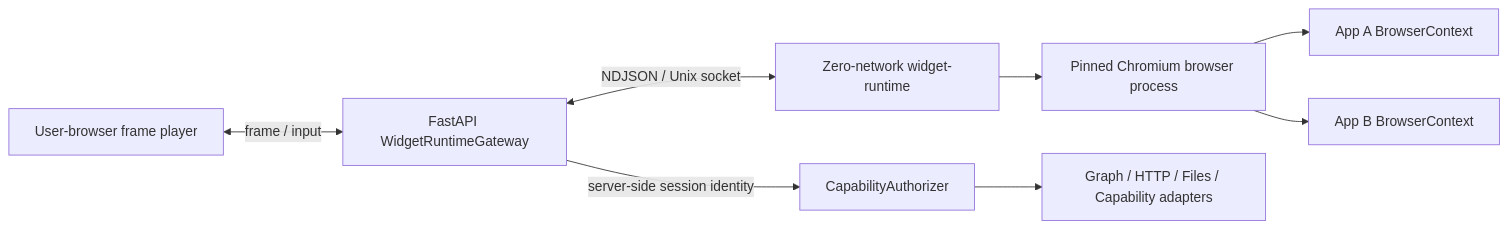
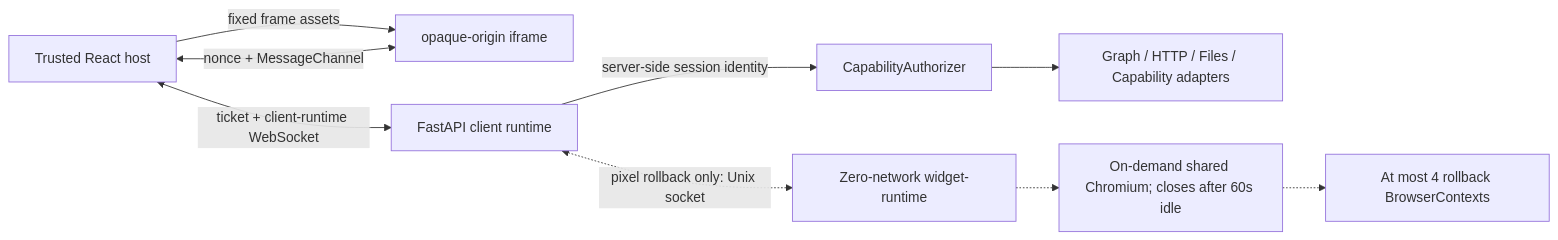
The sixth of 9 diagrams in docs/en/architecture/uml.md (BillShiyaoZhang/ambient-agent), drawn with Mermaid before and after one commit. The commit also changed other lines of this file and 61 other files, not shown here.

````diff
--- a/docs/en/architecture/uml.md
+++ b/docs/en/architecture/uml.md
@@ -184,10 +184,11 @@
 ```mermaid
 flowchart LR
-    Player[User-browser frame player] <-->|frame / input| Gateway[FastAPI WidgetRuntimeGateway]
-    Gateway <-->|NDJSON / Unix socket| Supervisor[Zero-network widget-runtime]
-    Supervisor --> Chromium[Pinned Chromium browser process]
-    Chromium --> A[App A BrowserContext]
-    Chromium --> B[App B BrowserContext]
+    Host[Trusted React host] -->|fixed frame assets| Frame[opaque-origin iframe]
+    Host <-->|nonce + MessageChannel| Frame
+    Host <-->|ticket + client-runtime WebSocket| Gateway[FastAPI client runtime]
     Gateway -->|server-side session identity| Authorizer[CapabilityAuthorizer]
     Authorizer --> Adapters[Graph / HTTP / Files / Capability adapters]
+    Gateway <-.->|pixel rollback only: Unix socket| Supervisor[Zero-network widget-runtime]
+    Supervisor -.-> Chromium["On-demand shared Chromium; closes after 60s idle"]
+    Chromium -.-> Contexts[At most 4 rollback BrowserContexts]
 ```
````
